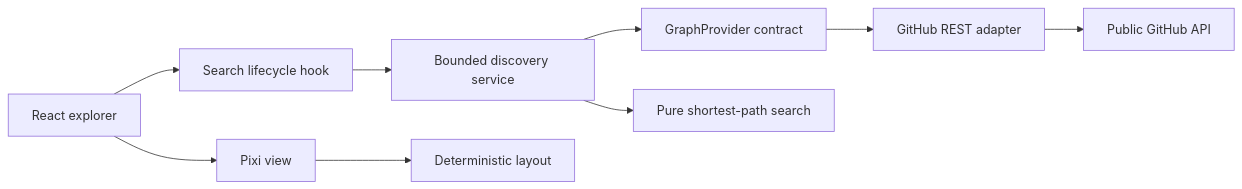
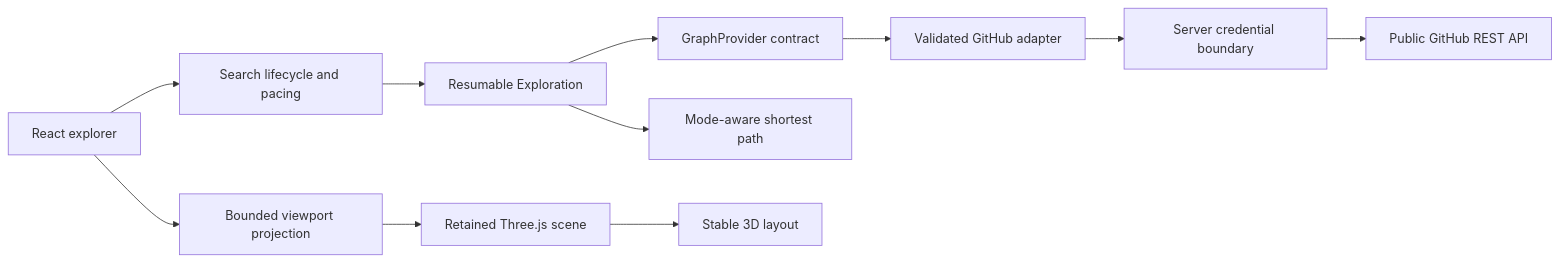
The diagram in docs/architecture.md (AllTerrainDeveloper/connecting-coders), drawn with Mermaid before and after one commit. The commit also changed other lines of this file and 31 other files, not shown here.

Commit message:
Build cinematic 3D exploration with two-way follows and server authentication

````diff
--- a/docs/architecture.md
+++ b/docs/architecture.md
@@ -15,11 +11,13 @@
 ```mermaid
 flowchart LR
-  UI[React explorer] --> H[Search lifecycle hook]
-  H --> S[Bounded discovery service]
+  UI[React explorer] --> H[Search lifecycle and pacing]
+  H --> S[Resumable Exploration]
   S --> P[GraphProvider contract]
-  P --> A[GitHub REST adapter]
-  A --> G[Public GitHub API]
-  S --> B[Pure shortest-path search]
-  UI --> V[Pixi view]
-  V --> L[Deterministic layout]
+  P --> A[Validated GitHub adapter]
+  A --> X[Server credential boundary]
+  X --> G[Public GitHub REST API]
+  S --> B[Mode-aware shortest path]
+  UI --> V[Bounded viewport projection]
+  V --> R[Retained Three.js scene]
+  R --> L[Stable 3D layout]
 ```
````
